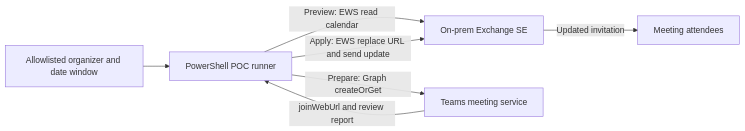
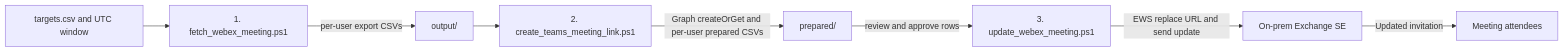
The diagram in POC-Webex-to-Teams-Meeting-URL.md (sunilkms/Convert-WebexMeetingsToTeams), drawn with Mermaid before and after one commit. The commit also changed other lines of this file and 7 other files, not shown here.

Commit message:
Refactor Webex-to-Teams scripts into modular helpers and update docs

````diff
--- a/POC-Webex-to-Teams-Meeting-URL.md
+++ b/POC-Webex-to-Teams-Meeting-URL.md
@@ -7,9 +7,10 @@
 ```mermaid
 flowchart LR
-    A[Allowlisted organizer and date window] --> B[PowerShell POC runner]
-    B -->|Preview: EWS read calendar| C[On-prem Exchange SE]
-    B -->|Prepare: Graph createOrGet| D[Teams meeting service]
-    D -->|joinWebUrl and review report| B
-    B -->|Apply: EWS replace URL and send update| C
-    C -->|Updated invitation| E[Meeting attendees]
+    A[targets.csv and UTC window] --> B[1. fetch_webex_meeting.ps1]
+    B -->|per-user export CSVs| C[output/]
+    C --> D[2. create_teams_meeting_link.ps1]
+    D -->|Graph createOrGet and per-user prepared CSVs| E[prepared/]
+    E -->|review and approve rows| F[3. update_webex_meeting.ps1]
+    F -->|EWS replace URL and send update| G[On-prem Exchange SE]
+    G -->|Updated invitation| H[Meeting attendees]
 ```
````
